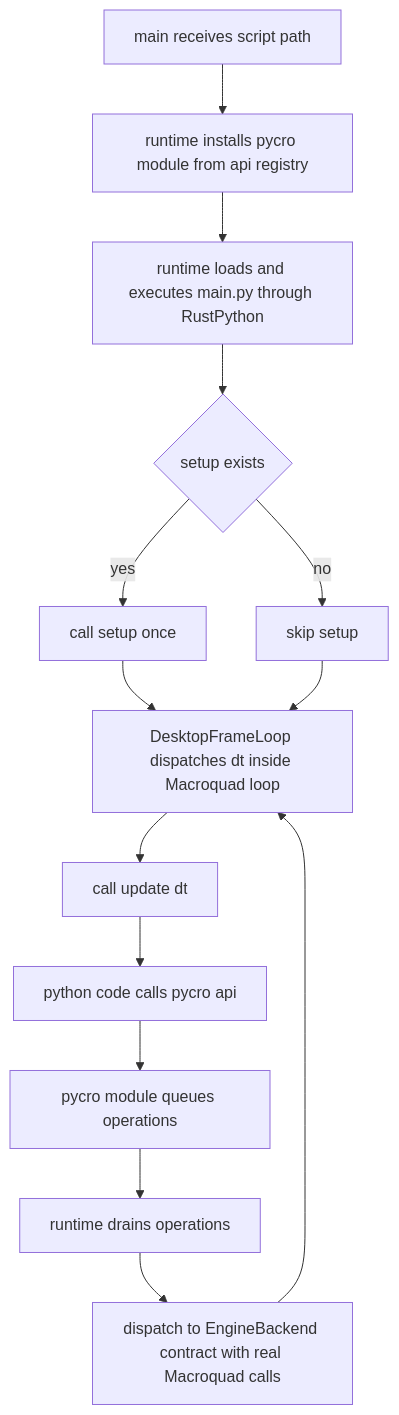
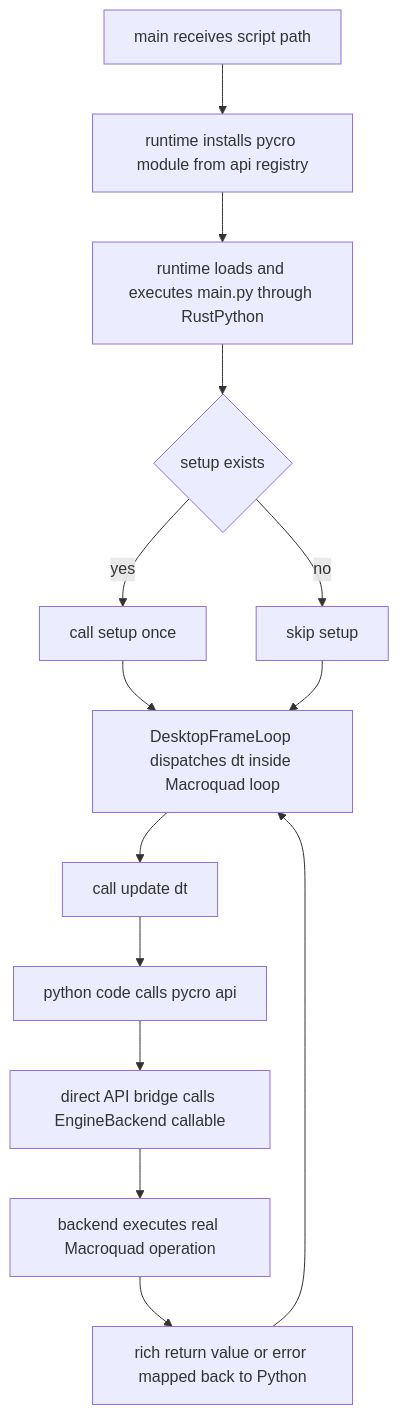
The third of 4 diagrams in docs/flow-mermaids.md (linkfy/pycro), drawn with Mermaid before and after one commit. The commit also changed other lines of this file and 42 other files, not shown here.

Commit message:
phase-2: direct API bridge + draw_text + flat examples/docs checkpoint

````diff
--- a/docs/flow-mermaids.md
+++ b/docs/flow-mermaids.md
@@ -37,17 +37,17 @@
 ```mermaid
 flowchart TD
     A[main receives script path]
     A --> B[runtime installs pycro module from api registry]
     B --> C[runtime loads and executes main.py through RustPython]
     C --> D{setup exists}
     D -- yes --> E[call setup once]
     D -- no --> F[skip setup]
     E --> G[DesktopFrameLoop dispatches dt inside Macroquad loop]
     F --> G
     G --> H[call update dt]
     H --> I[python code calls pycro api]
-    I --> J[pycro module queues operations]
-    J --> K[runtime drains operations]
-    K --> L[dispatch to EngineBackend contract with real Macroquad calls]
+    I --> J[direct API bridge calls EngineBackend callable]
+    J --> K[backend executes real Macroquad operation]
+    K --> L[rich return value or error mapped back to Python]
     L --> G
 ```
````
